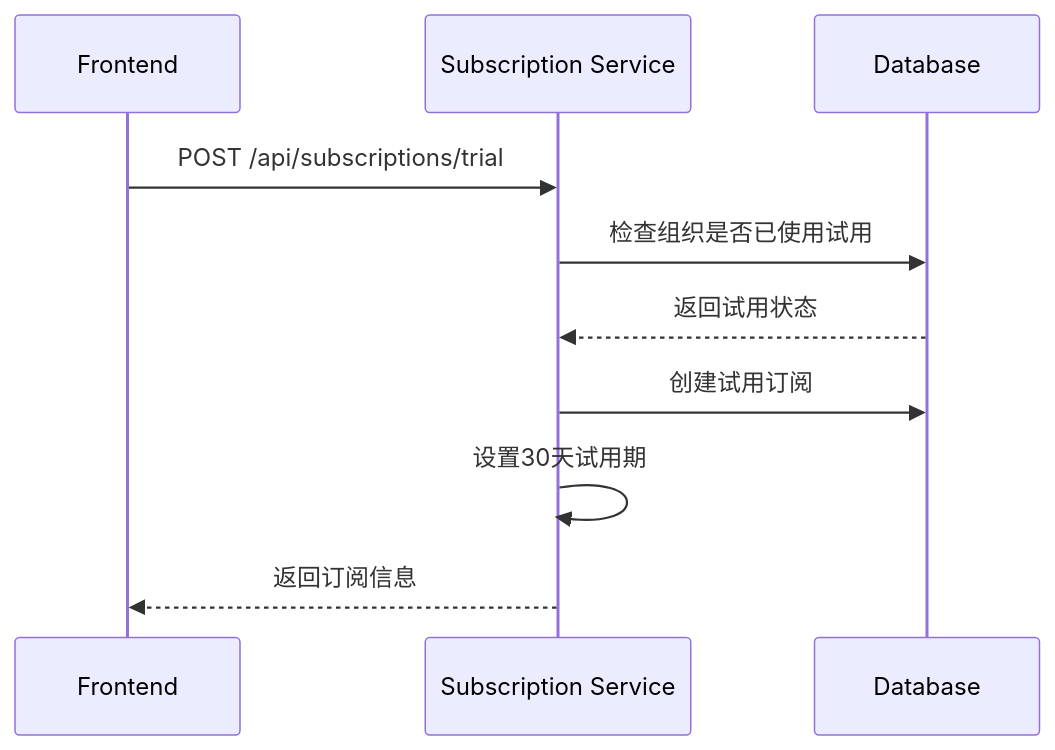
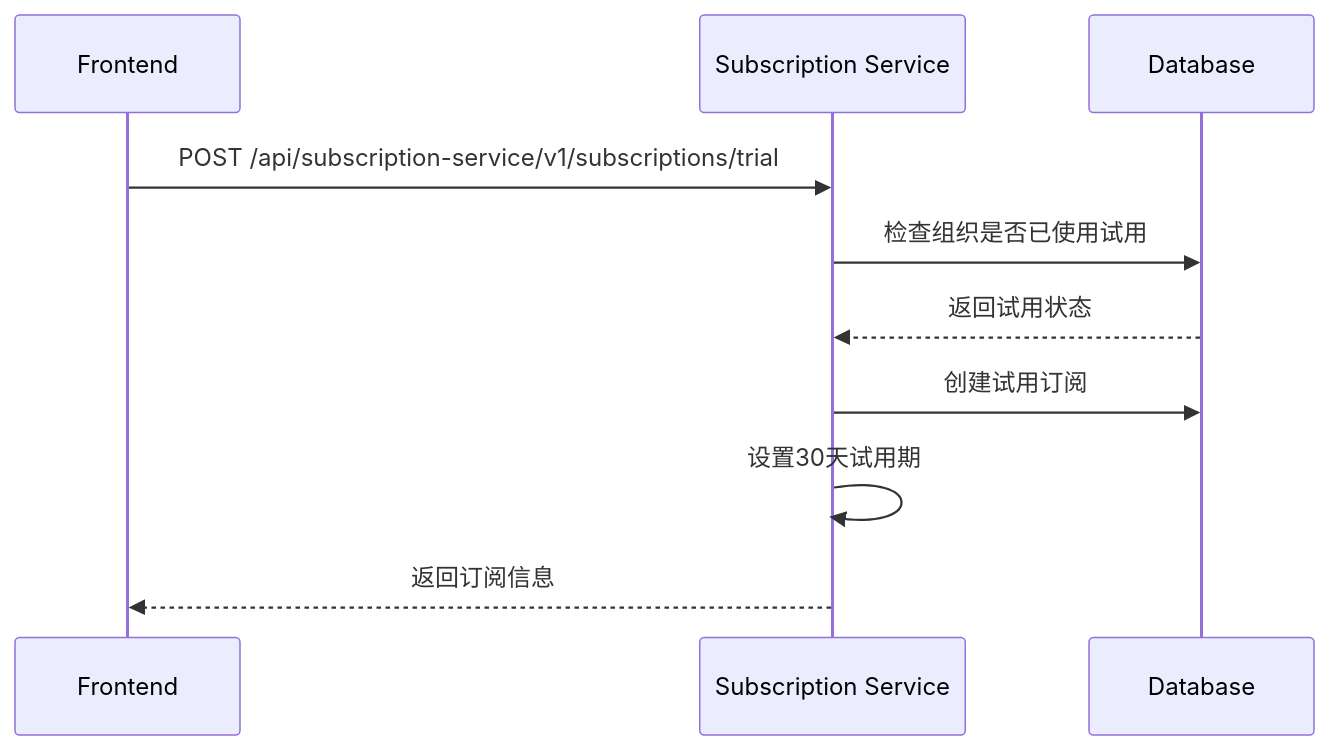
Before and after one commit to Tymoe-Technologies/subscription-service: the first of 3 diagrams in README.md, drawn with Mermaid. The commit also changed other lines of this file and 3 other files, not shown here.

````diff
--- a/README.md
+++ b/README.md
@@ -674,13 +674,13 @@
 ```mermaid
 sequenceDiagram
     participant F as Frontend
     participant S as Subscription Service
     participant DB as Database
     
-    F->>S: POST /api/subscriptions/trial
+    F->>S: POST /api/subscription-service/v1/subscriptions/trial
     S->>DB: 检查组织是否已使用试用
     DB-->>S: 返回试用状态
     S->>DB: 创建试用订阅
     S->>S: 设置30天试用期
     S-->>F: 返回订阅信息
 ```
````
